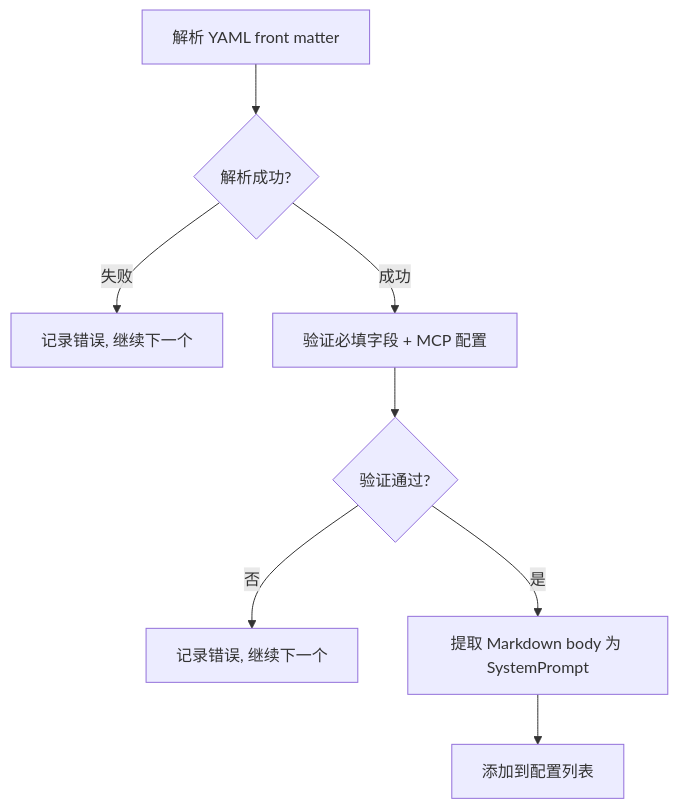
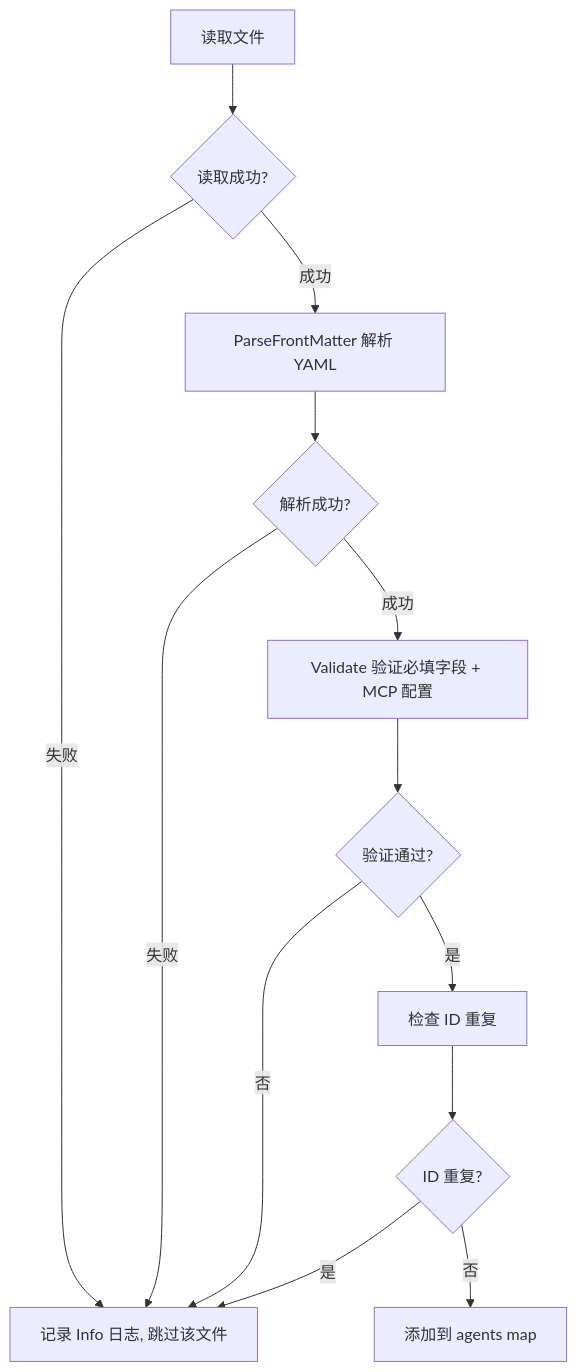
Before and after one commit to PineappleBond/xyncra-server: the fourth of 6 diagrams in wiki/flows/reload-agents.md, drawn with Mermaid. The commit also changed other lines of this file and 21 other files, not shown here.

````diff
--- a/wiki/flows/reload-agents.md
+++ b/wiki/flows/reload-agents.md
@@ -131,10 +138,15 @@
 ```mermaid
 flowchart TD
-    A[解析 YAML front matter] --> B{解析成功?}
-    B -->|失败| C[记录错误, 继续下一个]
-    B -->|成功| D[验证必填字段 + MCP 配置]
-    D --> E{验证通过?}
-    E -->|否| F[记录错误, 继续下一个]
-    E -->|是| G[提取 Markdown body 为 SystemPrompt]
-    G --> H[添加到配置列表]
+    A[读取文件] --> B{读取成功?}
+    B -->|失败| X[记录 Info 日志, 跳过该文件]
+    B -->|成功| C[ParseFrontMatter 解析 YAML]
+    C --> D{解析成功?}
+    D -->|失败| X
+    D -->|成功| E[Validate 验证必填字段 + MCP 配置]
+    E --> F{验证通过?}
+    F -->|否| X
+    F -->|是| G[检查 ID 重复]
+    G --> H{ID 重复?}
+    H -->|是| X
+    H -->|否| I[添加到 agents map]
 ```
````
